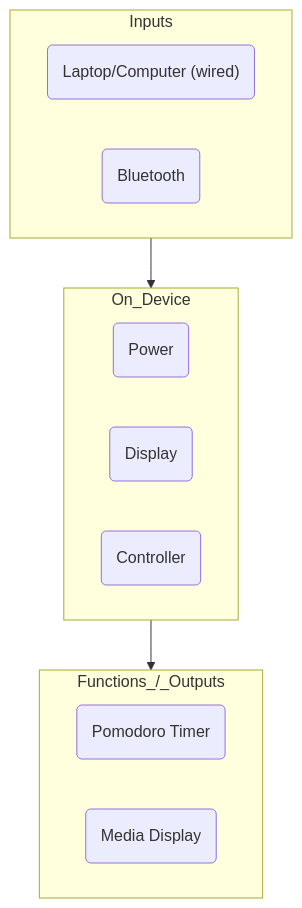
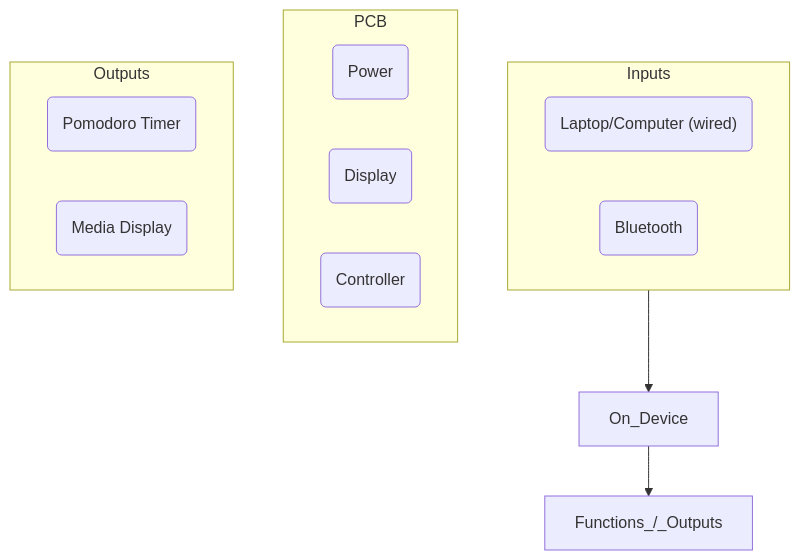
The diagram in README.md (Drmarbles5/Desk-Clock-Timer-Thing), drawn with Mermaid before and after one commit. The commit also changed other lines of this file, not shown here.

````diff
--- a/README.md
+++ b/README.md
@@ -9,20 +9,20 @@
 ```mermaid
 flowchart TD
 	subgraph Inputs
 	I1("`Laptop/Computer (wired)`")
 	I2(Bluetooth)
 	end
 
-	subgraph On_Device
+	subgraph PCB
 	D1(Power)
 	D2(Display)
 	D3(Controller)
 	end
 
-	subgraph Functions_/_Outputs
+	subgraph Outputs
 	FO1(Pomodoro Timer)
 	FO2(Media Display)
 	end
 
 	Inputs --> On_Device --> Functions_/_Outputs
 ```
````
